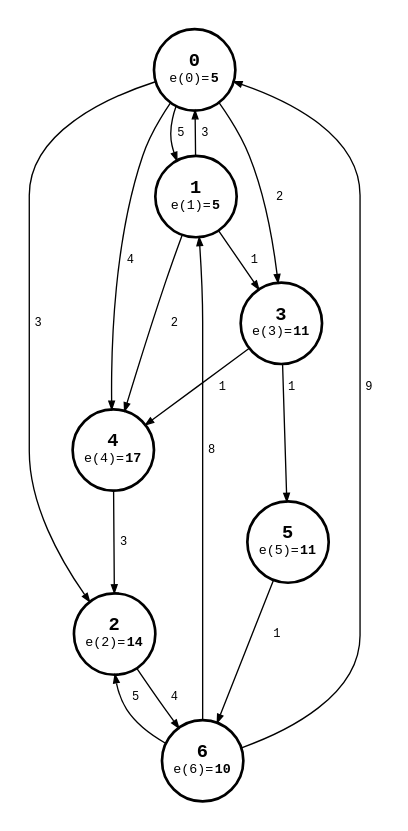
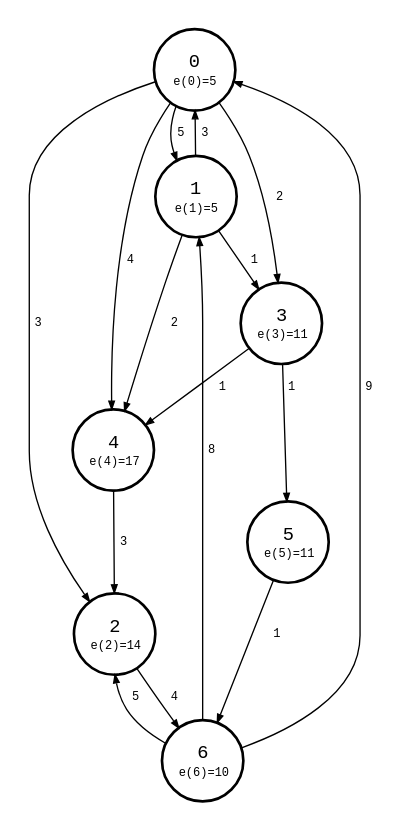
One commit to bsdrks/graaf-images changed the diagram in src/distance_matrix_eccentricities_1-0.87.2.dot. Above: the diagram before and after it, drawn with Graphviz. The commit also changed 76 other files, not shown here.

```diff
--- a/src/distance_matrix_eccentricities_1-0.87.2.dot
+++ b/src/distance_matrix_eccentricities_1-0.87.2.dot
@@ -11,12 +11,12 @@
 
     0 [
         label=<
-            <table border="0" cellpadding="0" cellspacing="0">
+            <table border="0" cellpadding="1" cellspacing="0">
                 <tr>
-                    <td><b>0</b></td>
+                    <td>0</td>
                 </tr>
                 <tr>
-                    <td><font point-size="10">e(0)=<b>5</b></font></td>
+                    <td><font point-size="9">e(0)=5</font></td>
                 </tr>
             </table>
         >,
@@ -24,12 +24,12 @@
 
     1 [
         label=<
-            <table border="0" cellpadding="0" cellspacing="0">
+            <table border="0" cellpadding="1" cellspacing="0">
                 <tr>
-                    <td><b>1</b></td>
+                    <td>1</td>
                 </tr>
                 <tr>
-                    <td><font point-size="10">e(1)=<b>5</b></font></td>
+                    <td><font point-size="9">e(1)=5</font></td>
                 </tr>
             </table>
         >,
@@ -37,12 +37,12 @@
 
     2 [
         label=<
-            <table border="0" cellpadding="0" cellspacing="0">
+            <table border="0" cellpadding="1" cellspacing="0">
                 <tr>
-                    <td><b>2</b></td>
+                    <td>2</td>
                 </tr>
                 <tr>
-                    <td><font point-size="10">e(2)=<b>14</b></font></td>
+                    <td><font point-size="9">e(2)=14</font></td>
                 </tr>
             </table>
         >,
@@ -50,12 +50,12 @@
 
     3 [
         label=<
-            <table border="0" cellpadding="0" cellspacing="0">
+            <table border="0" cellpadding="1" cellspacing="0">
                 <tr>
-                    <td><b>3</b></td>
+                    <td>3</td>
                 </tr>
                 <tr>
-                    <td><font point-size="10">e(3)=<b>11</b></font></td>
+                    <td><font point-size="9">e(3)=11</font></td>
                 </tr>
             </table>
         >,
@@ -63,12 +63,12 @@
 
     4 [
         label=<
-            <table border="0" cellpadding="0" cellspacing="0">
+            <table border="0" cellpadding="1" cellspacing="0">
                 <tr>
-                    <td><b>4</b></td>
+                    <td>4</td>
                 </tr>
                 <tr>
-                    <td><font point-size="10">e(4)=<b>17</b></font></td>
+                    <td><font point-size="9">e(4)=17</font></td>
                 </tr>
             </table>
         >,
@@ -76,12 +76,12 @@
 
     5 [
         label=<
-            <table border="0" cellpadding="0" cellspacing="0">
+            <table border="0" cellpadding="1" cellspacing="0">
                 <tr>
-                    <td><b>5</b></td>
+                    <td>5</td>
                 </tr>
                 <tr>
-                    <td><font point-size="10">e(5)=<b>11</b></font></td>
+                    <td><font point-size="9">e(5)=11</font></td>
                 </tr>
             </table>
         >,
@@ -89,12 +89,12 @@
 
     6 [
         label=<
-            <table border="0" cellpadding="0" cellspacing="0">
+            <table border="0" cellpadding="1" cellspacing="0">
                 <tr>
-                    <td><b>6</b></td>
+                    <td>6</td>
                 </tr>
                 <tr>
-                    <td><font point-size="10">e(6)=<b>10</b></font></td>
+                    <td><font point-size="9">e(6)=10</font></td>
                 </tr>
             </table>
         >,
```
